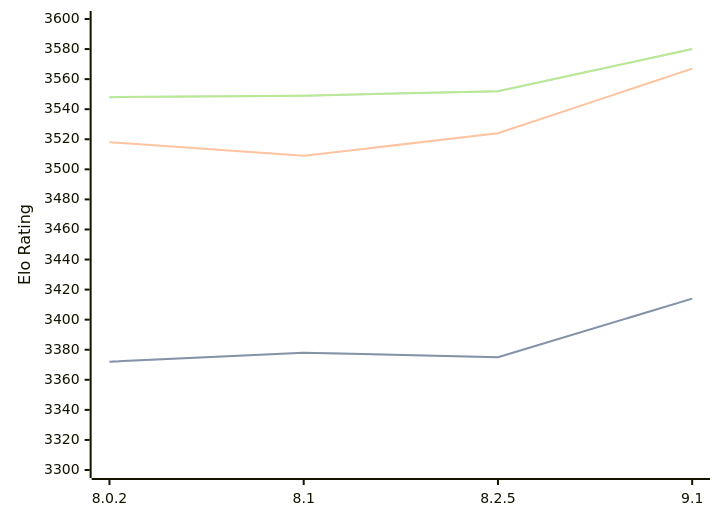
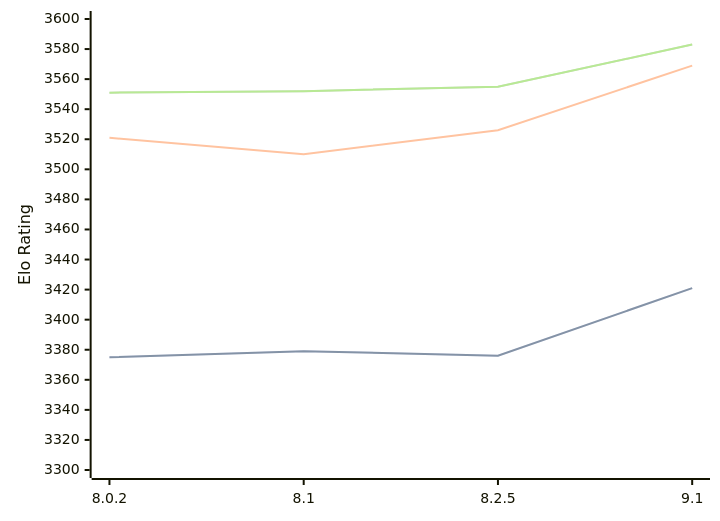
The diagram in engines/Clover.md (computer-chess-index/cci), drawn with Mermaid before and after one commit. The commit also changed other lines of this file, not shown here.

Commit message:
Update CCI Ratings (ELO VLTC) - 2026-02-20

````diff
--- a/engines/Clover.md
+++ b/engines/Clover.md
@@ -61,11 +61,11 @@
 ```mermaid
 %%{init: {"theme":"base","themeVariables":{"seriesColors:['#a3a3a3','#222221','#faa371']}}}%%
 xychart-beta
   x-axis ["8.0.2", "8.1", "8.2.5", "9.1"]
   y-axis "Elo Rating" 3300 --> 3600
-  line "STC (8.0+0.08s)" [3372, 3378, 3375, 3414]
-  line "STC (8.0+0.08s)" [3372, 3378, 3375, 3414]
-  line "LTC (60.0+0.60s)" [3518, 3509, 3524, 3567]
-  line "VLTC (2m24s+1.12s)" [3548, 3549, 3552, 3580]
-  line "VLTC (2m24s+1.12s)" [3548, 3549, 3552, 3580]
+  line "STC (8.0+0.08s)" [3375, 3379, 3376, 3421]
+  line "STC (8.0+0.08s)" [3375, 3379, 3376, 3421]
+  line "LTC (60.0+0.60s)" [3521, 3510, 3526, 3569]
+  line "VLTC (2m24s+1.12s)" [3551, 3552, 3555, 3583]
+  line "VLTC (2m24s+1.12s)" [3551, 3552, 3555, 3583]
 ```
````
